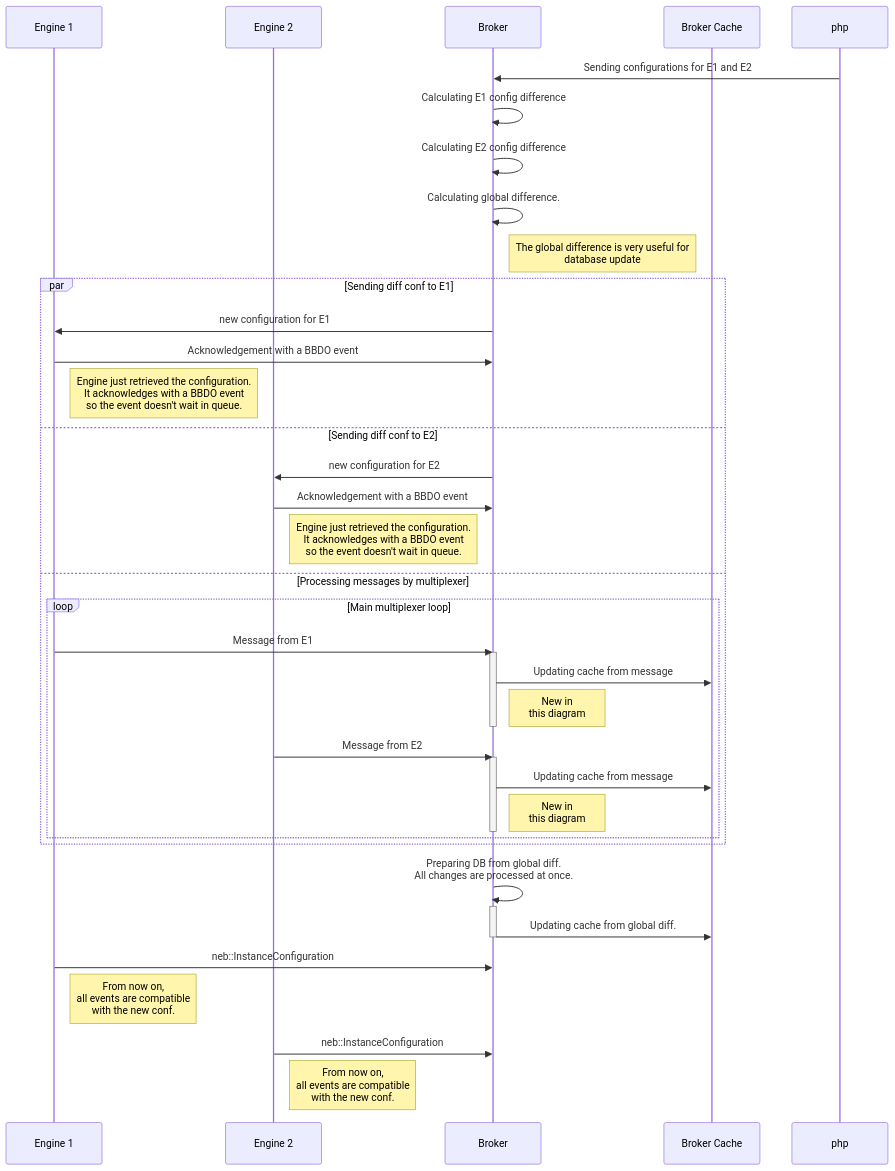
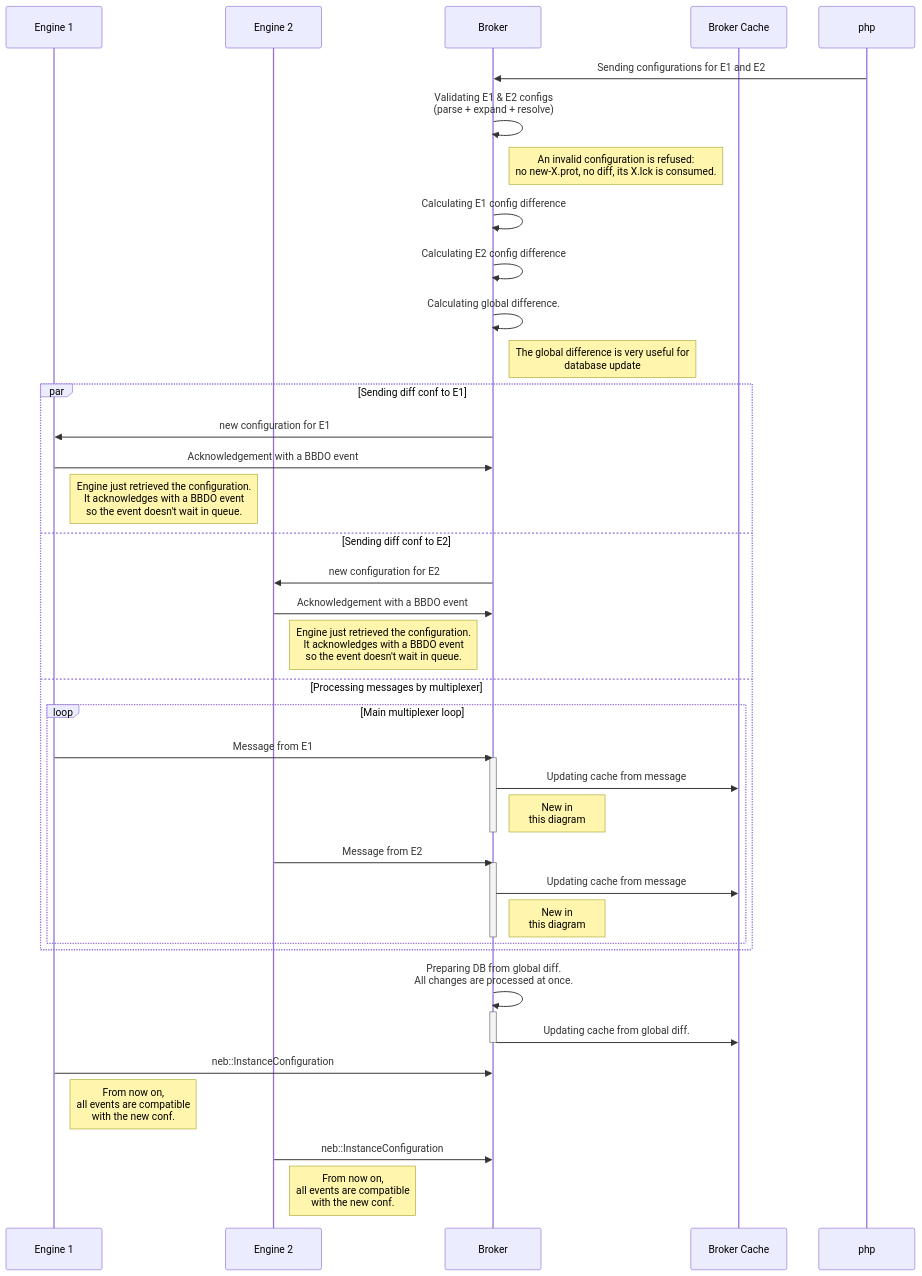
Before and after one commit to centreon/centreon-collect: diagram 21 of 40 in doc/nego-engine-broker-en.md, drawn with Mermaid. The commit also changed other lines of this file and 1 other file, not shown here.

````diff
--- a/doc/nego-engine-broker-en.md
+++ b/doc/nego-engine-broker-en.md
@@ -1412,44 +1492,46 @@
 ```mermaid
 sequenceDiagram
     participant E1 as Engine 1
     participant E2 as Engine 2
     participant B as Broker
     participant C as Broker Cache
     participant php
     php ->> B: Sending configurations for E1 and E2
+    B ->> B: Validating E1 & E2 configs<br/>(parse + expand + resolve)
+    Note right of B: An invalid configuration is refused:<br/>no new-X.prot, no diff, its X.lck is consumed.
     B ->> B: Calculating E1 config difference
     B ->> B: Calculating E2 config difference
     B ->> B: Calculating global difference.
     Note right of B: The global difference is very useful for<br/>database update
     par Sending diff conf to E1
         B ->> E1: new configuration for E1
         E1 ->> B: Acknowledgement with a BBDO event
         Note right of E1: Engine just retrieved the configuration.<br/> It acknowledges with a BBDO event<br/>so the event doesn't wait in queue.
     and Sending diff conf to E2
         B ->> E2: new configuration for E2
         E2 ->> B: Acknowledgement with a BBDO event
         Note right of E2: Engine just retrieved the configuration.<br/> It acknowledges with a BBDO event<br/>so the event doesn't wait in queue.
     and Processing messages by multiplexer
         loop Main multiplexer loop
             E1 ->> B: Message from E1
             activate B
             B ->> C: Updating cache from message
             Note right of B: New in<br/>this diagram
             deactivate B
             E2 ->> B: Message from E2
             activate B
             B ->> C: Updating cache from message
             Note right of B: New in<br/>this diagram
             deactivate B
         end
     end
 
     B ->> B: Preparing DB from global diff.<br/>All changes are processed at once.
     activate B
     B ->> C: Updating cache from global diff.
     deactivate B
     E1 ->> B: neb::InstanceConfiguration
     Note right of E1: From now on,<br/> all events are compatible<br/> with the new conf.
     E2 ->> B: neb::InstanceConfiguration
     Note right of E2: From now on,<br/> all events are compatible<br/> with the new conf.
 ```
````
